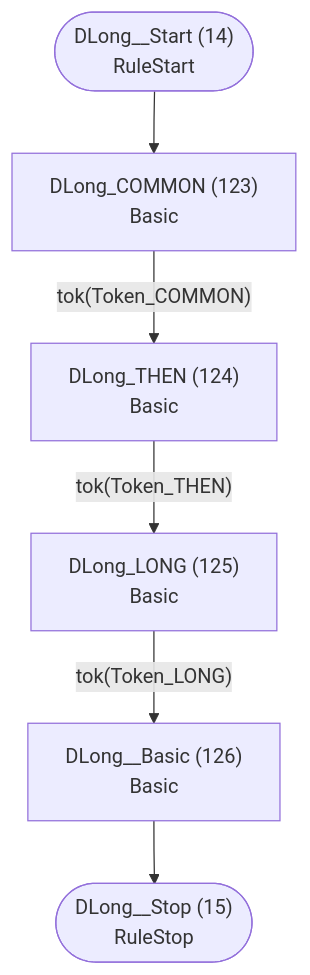
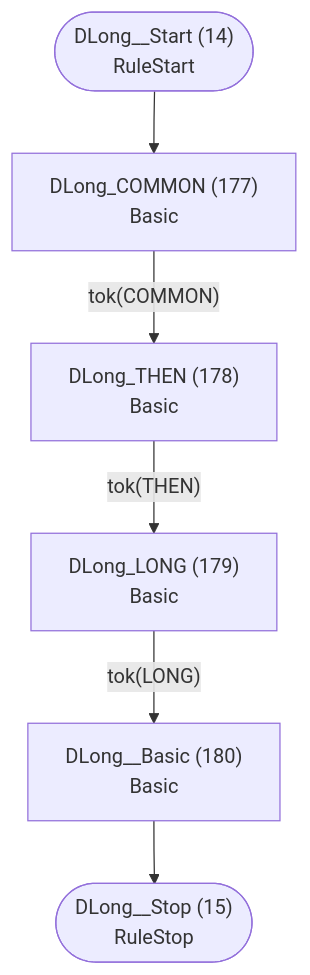
The eighth of 41 diagrams in internal/languages/completion/atn.md (TypeFox/fastbelt), drawn with Mermaid before and after one commit. The commit also changed other lines of this file and 36 other files, not shown here.

````diff
--- a/internal/languages/completion/atn.md
+++ b/internal/languages/completion/atn.md
@@ -250,15 +295,15 @@
 ```mermaid
 flowchart TD
     q14(["DLong__Start (14)<br/>RuleStart"])
     q15(["DLong__Stop (15)<br/>RuleStop"])
-    q123["DLong_COMMON (123)<br/>Basic<br/>"]
-    q124["DLong_THEN (124)<br/>Basic<br/>"]
-    q125["DLong_LONG (125)<br/>Basic<br/>"]
-    q126["DLong__Basic (126)<br/>Basic<br/>"]
+    q177["DLong_COMMON (177)<br/>Basic<br/>"]
+    q178["DLong_THEN (178)<br/>Basic<br/>"]
+    q179["DLong_LONG (179)<br/>Basic<br/>"]
+    q180["DLong__Basic (180)<br/>Basic<br/>"]
 
-    q14 --> q123
-    q123 -->|"tok(Token_COMMON)"| q124
-    q124 -->|"tok(Token_THEN)"| q125
-    q125 -->|"tok(Token_LONG)"| q126
-    q126 --> q15
+    q14 --> q177
+    q177 -->|"tok(COMMON)"| q178
+    q178 -->|"tok(THEN)"| q179
+    q179 -->|"tok(LONG)"| q180
+    q180 --> q15
 ```
````
